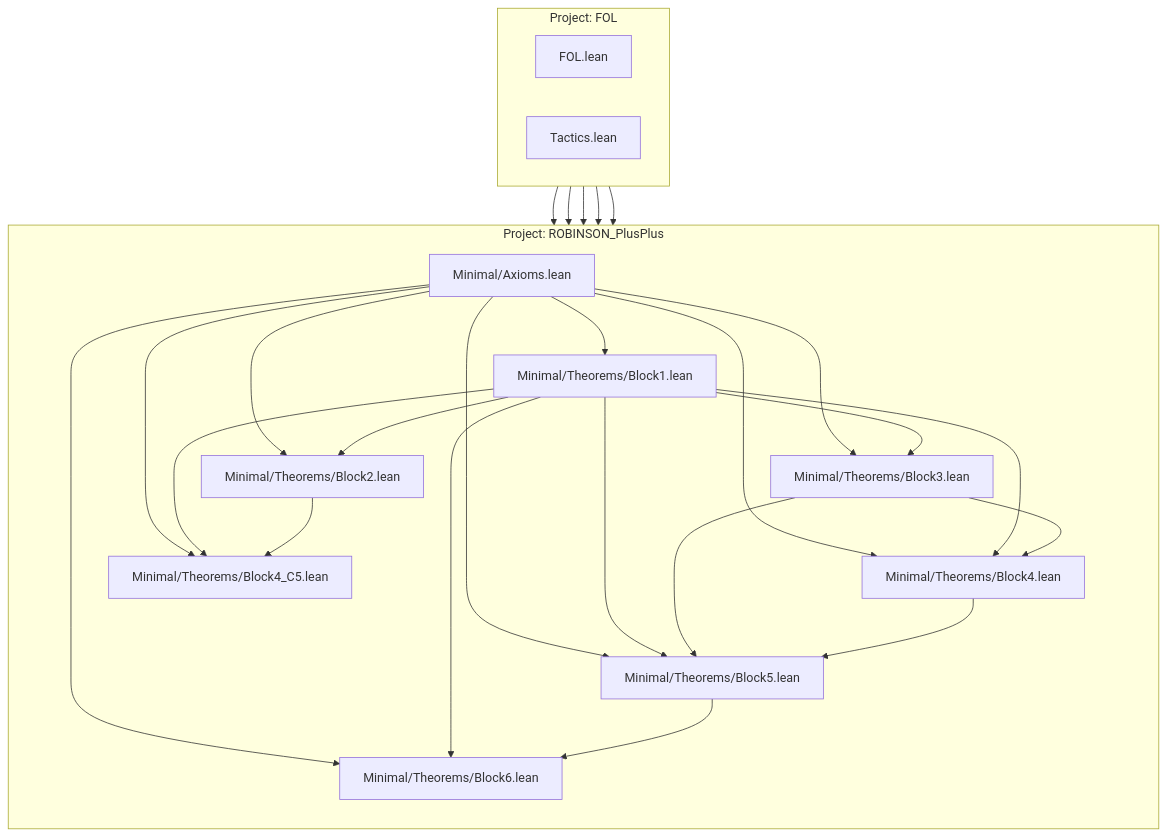
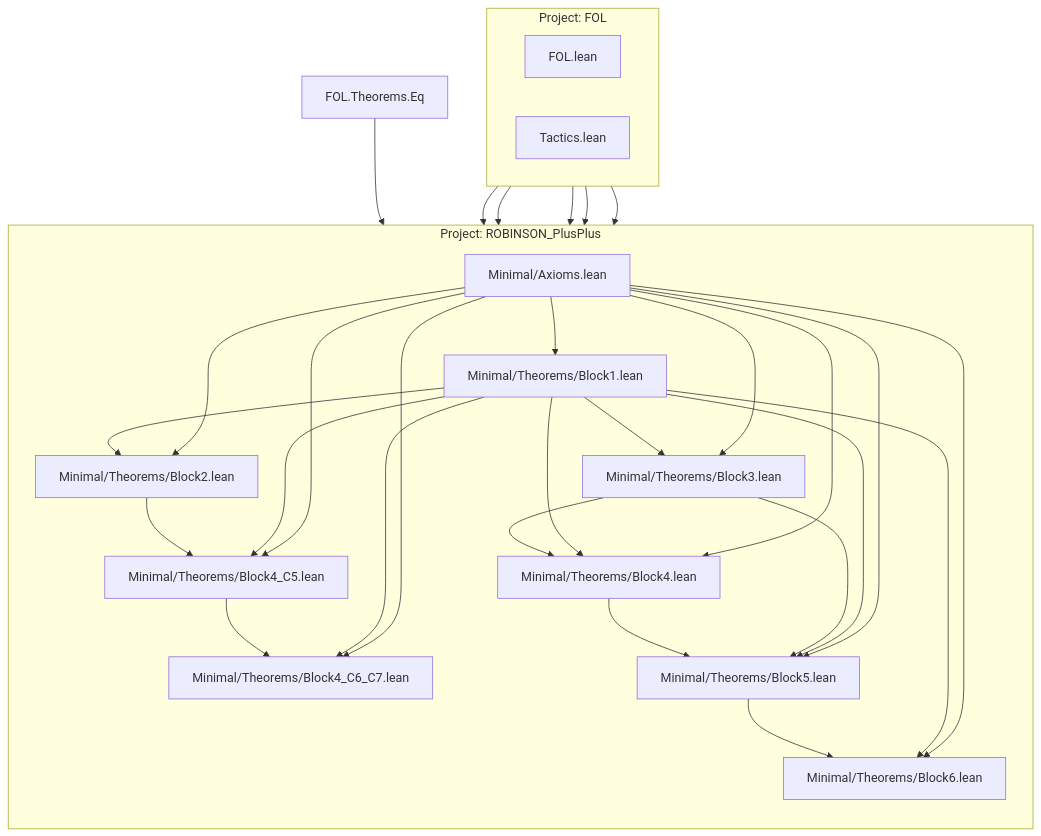
The diagram in REFERENCE.md (julian1c2a/ROBINSON_PlusPlus), drawn with Mermaid before and after one commit. The commit also changed other lines of this file and 5 other files, not shown here.

First line of the commit message:
Update REFERENCE.md and Axioms.lean for progress on Minimal Axioms and Theorems

````diff
--- a/REFERENCE.md
+++ b/REFERENCE.md
@@ -106,44 +107,49 @@
 ```mermaid
 graph TD
     subgraph "Project: FOL"
         direction LR
         FOL_FOL["FOL.lean"]
         FOL_Tactics["Tactics.lean"]
     end
 
     subgraph "Project: ROBINSON_PlusPlus"
         direction TB
         Axioms["Minimal/Axioms.lean"]
         Block1["Minimal/Theorems/Block1.lean"]
         Block2["Minimal/Theorems/Block2.lean"]
         Block3["Minimal/Theorems/Block3.lean"]
         Block4["Minimal/Theorems/Block4.lean"]
         Block4_C5["Minimal/Theorems/Block4_C5.lean"]
+        Block4_C6_C7["Minimal/Theorems/Block4_C6_C7.lean"]
         Block5["Minimal/Theorems/Block5.lean"]
         Block6["Minimal/Theorems/Block6.lean"]
     end
 
     FOL_FOL --> Axioms
+    FOL_EqThm["FOL.Theorems.Eq"] --> Axioms
     Axioms --> Block1
     Axioms --> Block2
     Axioms --> Block3
     Axioms --> Block4
     Axioms --> Block4_C5
+    Axioms --> Block4_C6_C7
     Axioms --> Block5
     Axioms --> Block6
     Block1 --> Block2
     Block1 --> Block3
     Block1 --> Block4
     Block1 --> Block4_C5
+    Block1 --> Block4_C6_C7
     Block1 --> Block5
     Block1 --> Block6
     Block2 --> Block4_C5
     Block3 --> Block4
     Block3 --> Block5
     Block4 --> Block5
+    Block4_C5 --> Block4_C6_C7
     Block5 --> Block6
     FOL_Tactics --> Block1
     FOL_Tactics --> Block2
     FOL_Tactics --> Block4_C5
     FOL_Tactics --> Block3
 ```
````
